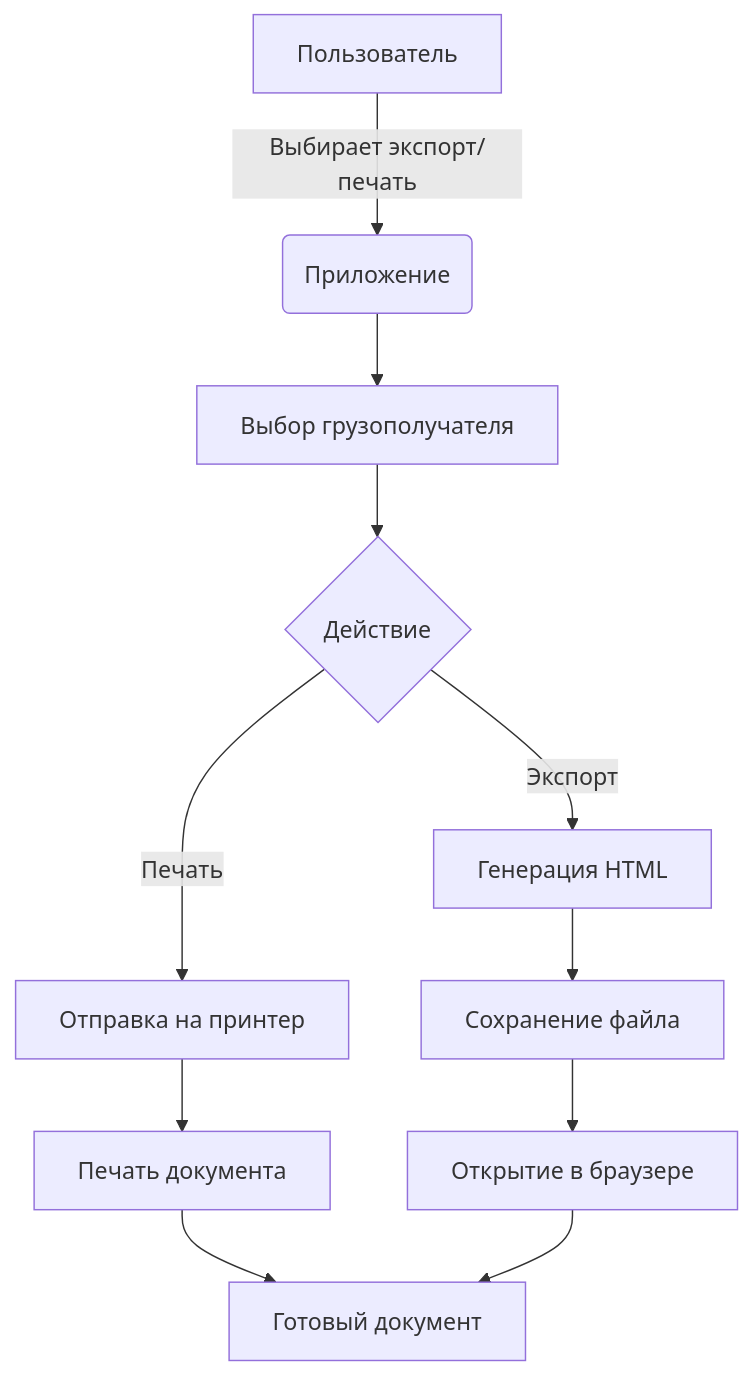
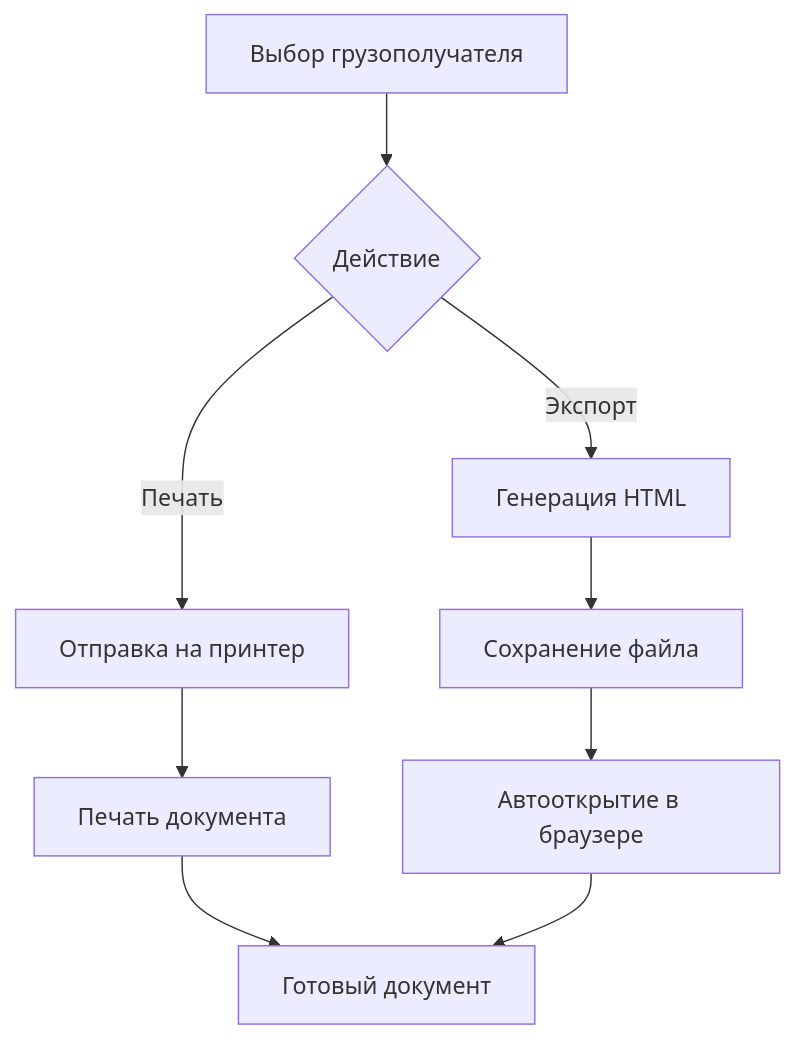
The sixth of 6 diagrams in README.md (sytrimuk/Smeta), drawn with Mermaid before and after one commit. The commit also changed other lines of this file, not shown here.

````diff
--- a/README.md
+++ b/README.md
@@ -146,13 +185,11 @@
 ```mermaid
-graph TD
-    A[Пользователь] -->|Выбирает экспорт/печать| B(Приложение)
-    B --> C[Выбор грузополучателя]
-    C --> D{Действие}
-    D -->|Экспорт| E[Генерация HTML]
-    D -->|Печать| F[Отправка на принтер]
-    E --> G[Сохранение файла]
-    F --> H[Печать документа]
-    G --> I[Открытие в браузере]
-    H --> J[Готовый документ]
-    I --> J
+flowchart TD
+    A[Выбор грузополучателя] --> B{Действие}
+    B -->|Экспорт| C[Генерация HTML]
+    B -->|Печать| D[Отправка на принтер]
+    C --> E[Сохранение файла]
+    D --> F[Печать документа]
+    E --> G[Автооткрытие в браузере]
+    F --> H[Готовый документ]
+    G --> H
 ```
````
